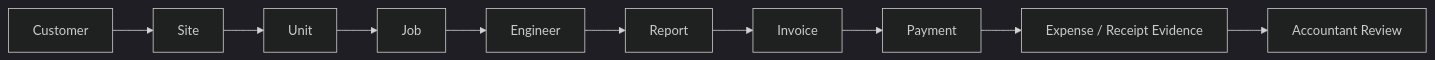
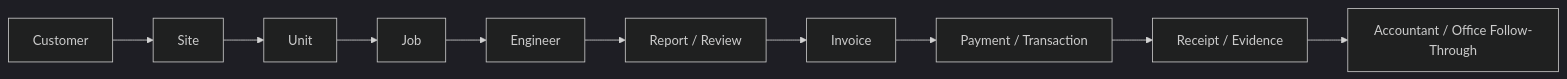
The diagram in README.md (juniordurant/durant-os-progress), drawn with Mermaid (dark theme) before and after one commit. The commit also changed other lines of this file, not shown here.

````diff
--- a/README.md
+++ b/README.md
@@ -60,12 +77,12 @@
 ```mermaid
 flowchart LR
     A["Customer"] --> B["Site"]
     B --> C["Unit"]
     C --> D["Job"]
     D --> E["Engineer"]
-    E --> F["Report"]
+    E --> F["Report / Review"]
     F --> G["Invoice"]
-    G --> H["Payment"]
-    H --> I["Expense / Receipt Evidence"]
-    I --> J["Accountant Review"]
+    G --> H["Payment / Transaction"]
+    H --> I["Receipt / Evidence"]
+    I --> J["Accountant / Office Follow-Through"]
 ```
````
